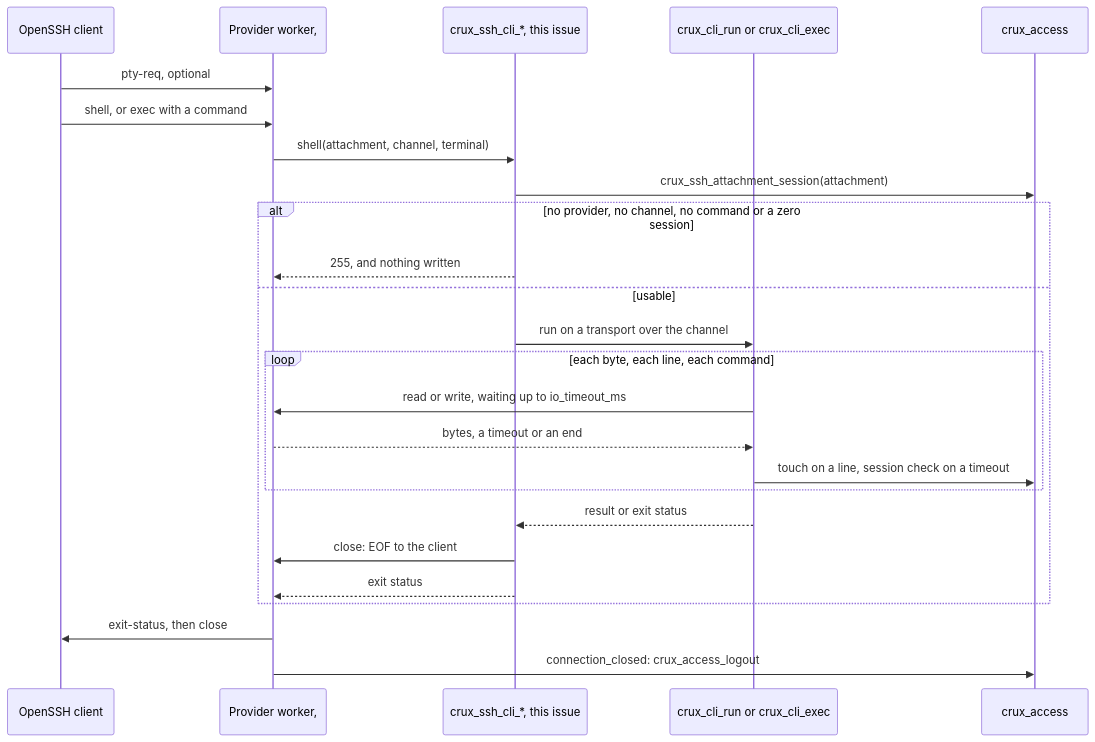
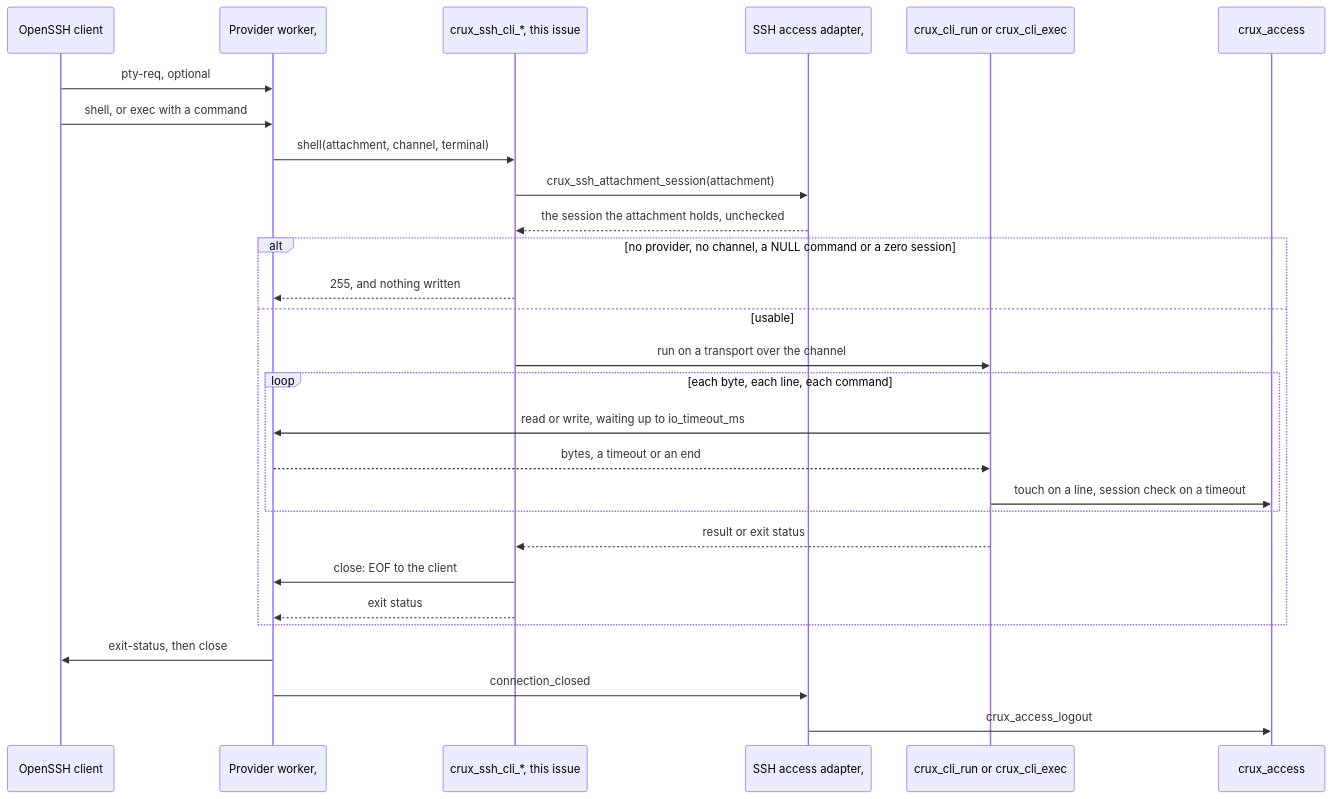
One commit to wonny-labs/crux-pilot changed the diagram in docs/cli-over-ssh.md. Above: the diagram before and after it, drawn with Mermaid. The commit also changed other lines of this file and 1 other file, not shown here.

First line of the commit message:
docs(ssh): correct the CLI over SSH design and declare the review's limits

````diff
--- a/docs/cli-over-ssh.md
+++ b/docs/cli-over-ssh.md
@@ -24,27 +24,30 @@
 ```mermaid
 sequenceDiagram
     participant C as OpenSSH client
     participant W as Provider worker, #192
     participant A as crux_ssh_cli_*, this issue
+    participant S as SSH access adapter, #192
     participant R as crux_cli_run or crux_cli_exec
     participant X as crux_access
     C->>W: pty-req, optional
     C->>W: shell, or exec with a command
     W->>A: shell(attachment, channel, terminal)
-    A->>X: crux_ssh_attachment_session(attachment)
-    alt no provider, no channel, no command or a zero session
+    A->>S: crux_ssh_attachment_session(attachment)
+    S-->>A: the session the attachment holds, unchecked
+    alt no provider, no channel, a NULL command or a zero session
         A-->>W: 255, and nothing written
     else usable
         A->>R: run on a transport over the channel
         loop each byte, each line, each command
             R->>W: read or write, waiting up to io_timeout_ms
             W-->>R: bytes, a timeout or an end
             R->>X: touch on a line, session check on a timeout
         end
         R-->>A: result or exit status
         A->>W: close: EOF to the client
         A-->>W: exit status
     end
     W->>C: exit-status, then close
-    W->>X: connection_closed: crux_access_logout
+    W->>S: connection_closed
+    S->>X: crux_access_logout
 ```
````
